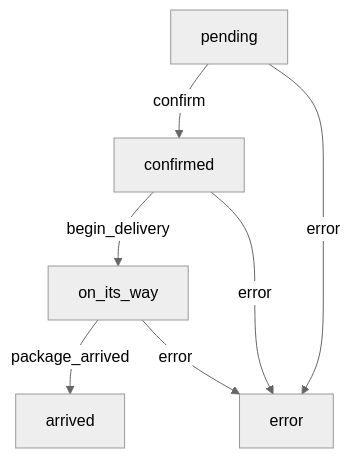
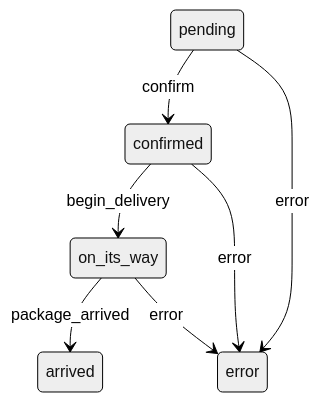
The diagram in documentation/tutorials/get-started-with-state-machines.md (ash-project/ash_state_machine), drawn with Mermaid (neutral theme) before and after one commit. The commit also changed 3 other files, not shown here.

Commit message:
improvement: make state diagrams the default chart docs: docs improvements

````diff
--- a/documentation/tutorials/get-started-with-state-machines.md
+++ b/documentation/tutorials/get-started-with-state-machines.md
@@ -109,9 +109,9 @@
 ```mermaid
-flowchart TD
-pending --> |confirm| confirmed
-confirmed --> |begin_delivery| on_its_way
-on_its_way --> |package_arrived| arrived
-on_its_way --> |error| error
-confirmed --> |error| error
-pending --> |error| error
+stateDiagram-v2
+pending --> confirmed: confirm
+confirmed --> on_its_way: begin_delivery
+on_its_way --> arrived: package_arrived
+on_its_way --> error: error
+confirmed --> error: error
+pending --> error: error
 ```
````
